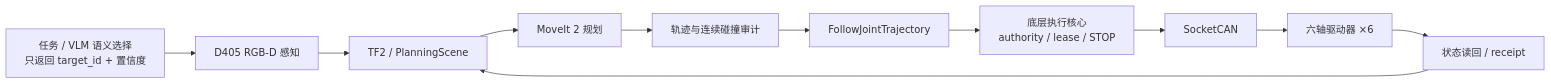
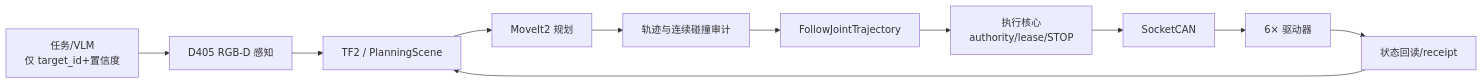
The diagram in content/projects/parol6.md (l2ktech/wzy-portfolio), drawn with Mermaid before and after one commit. The commit also changed other lines of this file and 5 other files, not shown here.

````diff
--- a/content/projects/parol6.md
+++ b/content/projects/parol6.md
@@ -37,13 +13,13 @@
 ```mermaid
 flowchart LR
-    A["任务 / VLM 语义选择<br/>只返回 target_id + 置信度"] --> B["D405 RGB-D 感知"]
+    A["任务/VLM<br/>仅 target_id+置信度"] --> B["D405 RGB-D 感知"]
     B --> C["TF2 / PlanningScene"]
-    C --> D["MoveIt 2 规划"]
+    C --> D["MoveIt2 规划"]
     D --> E["轨迹与连续碰撞审计"]
     E --> F["FollowJointTrajectory"]
-    F --> G["底层执行核心<br/>authority / lease / STOP"]
+    F --> G["执行核心<br/>authority/lease/STOP"]
     G --> H["SocketCAN"]
-    H --> I["六轴驱动器 ×6"]
-    I --> J["状态读回 / receipt"]
+    H --> I["6× 驱动器"]
+    I --> J["状态回读/receipt"]
     J --> C
 ```
````
